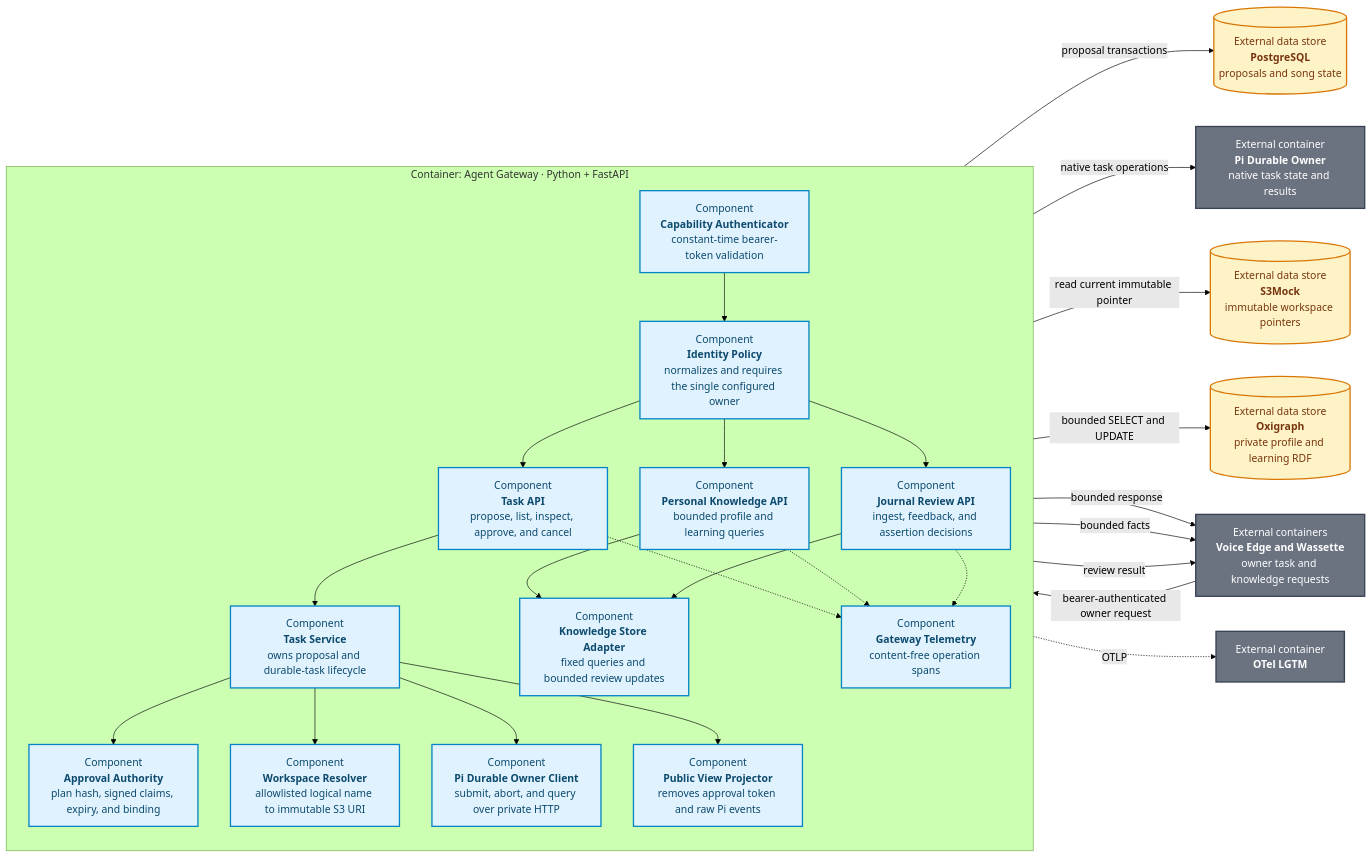
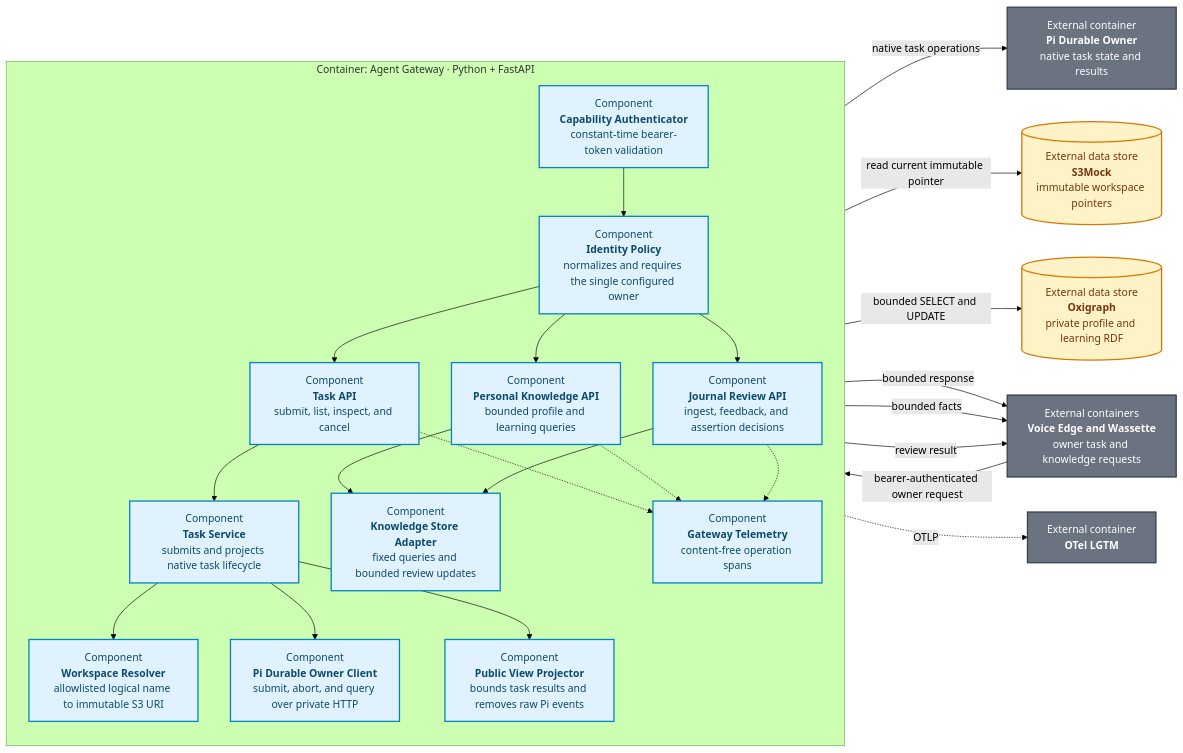
One commit to ragavsathish/agent-workload-platform changed the diagram in products/voice-agent/docs/architecture/c3-agent-gateway.mmd. Above: the diagram before and after it, drawn with Mermaid (forest theme). The commit also changed 143 other files, not shown here.

Commit message:
Move voice tasks to native Pi Durable owner and expand knowledge workflows

```diff
--- a/products/voice-agent/docs/architecture/c3-agent-gateway.mmd
+++ b/products/voice-agent/docs/architecture/c3-agent-gateway.mmd
@@ -1,51 +1,47 @@
 flowchart LR
     CALLERS[External containers<br/><b>Voice Edge and Wassette</b><br/>owner task and knowledge requests]
-    DB[(External data store<br/><b>PostgreSQL</b><br/>proposals and song state)]
     S3[(External data store<br/><b>S3Mock</b><br/>immutable workspace pointers)]
     OXIGRAPH[(External data store<br/><b>Oxigraph</b><br/>private profile and learning RDF)]
     OWNER[External container<br/><b>Pi Durable Owner</b><br/>native task state and results]
     OTEL[External container<br/><b>OTel LGTM</b>]
 
     subgraph GATEWAY["Container: Agent Gateway · Python + FastAPI"]
         direction TB
         AUTH["Component<br/><b>Capability Authenticator</b><br/>constant-time bearer-token validation"]
         IDENTITY["Component<br/><b>Identity Policy</b><br/>normalizes and requires the single configured owner"]
-        API["Component<br/><b>Task API</b><br/>propose, list, inspect, approve, and cancel"]
+        API["Component<br/><b>Task API</b><br/>submit, list, inspect, and cancel"]
         KNOWLEDGE["Component<br/><b>Personal Knowledge API</b><br/>bounded profile and learning queries"]
         REVIEW["Component<br/><b>Journal Review API</b><br/>ingest, feedback, and assertion decisions"]
         SPARQL["Component<br/><b>Knowledge Store Adapter</b><br/>fixed queries and bounded review updates"]
-        SERVICE["Component<br/><b>Task Service</b><br/>owns proposal and durable-task lifecycle"]
-        APPROVAL["Component<br/><b>Approval Authority</b><br/>plan hash, signed claims, expiry, and binding"]
+        SERVICE["Component<br/><b>Task Service</b><br/>submits and projects native task lifecycle"]
         WORKSPACE["Component<br/><b>Workspace Resolver</b><br/>allowlisted logical name to immutable S3 URI"]
         QUEUE["Component<br/><b>Pi Durable Owner Client</b><br/>submit, abort, and query over private HTTP"]
-        VIEW["Component<br/><b>Public View Projector</b><br/>removes approval token and raw Pi events"]
+        VIEW["Component<br/><b>Public View Projector</b><br/>bounds task results and removes raw Pi events"]
         TELEMETRY["Component<br/><b>Gateway Telemetry</b><br/>content-free operation spans"]
 
         AUTH --> IDENTITY --> API --> SERVICE
         IDENTITY --> KNOWLEDGE --> SPARQL
         IDENTITY --> REVIEW --> SPARQL
-        SERVICE --> APPROVAL
         SERVICE --> WORKSPACE
         SERVICE --> QUEUE
         SERVICE --> VIEW
         API -.-> TELEMETRY
         KNOWLEDGE -.-> TELEMETRY
         REVIEW -.-> TELEMETRY
     end
 
     CALLERS -->|"bearer-authenticated owner request"| AUTH
-    SERVICE -->|"proposal transactions"| DB
     QUEUE -->|"native task operations"| OWNER
     WORKSPACE -->|"read current immutable pointer"| S3
     SPARQL -->|"bounded SELECT and UPDATE"| OXIGRAPH
     VIEW -->|"bounded response"| CALLERS
     KNOWLEDGE -->|"bounded facts"| CALLERS
     REVIEW -->|"review result"| CALLERS
     TELEMETRY -.->|"OTLP"| OTEL
 
     classDef component fill:#e0f2fe,color:#0c4a6e,stroke:#0284c7,stroke-width:2px;
     classDef external fill:#6b7280,color:#fff,stroke:#374151,stroke-width:2px;
     classDef data fill:#fef3c7,color:#78350f,stroke:#d97706,stroke-width:2px;
-    class AUTH,IDENTITY,API,KNOWLEDGE,REVIEW,SPARQL,SERVICE,APPROVAL,WORKSPACE,QUEUE,VIEW,TELEMETRY component;
+    class AUTH,IDENTITY,API,KNOWLEDGE,REVIEW,SPARQL,SERVICE,WORKSPACE,QUEUE,VIEW,TELEMETRY component;
     class CALLERS,OTEL,OWNER external;
-    class DB,S3,OXIGRAPH data;
+    class S3,OXIGRAPH data;
```
